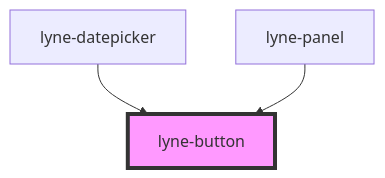
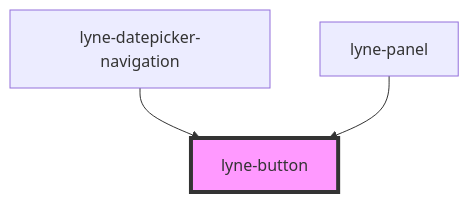
One commit to schlpbch/lyne-components changed the diagram in src/components/lyne-button/readme.md. Above: the diagram before and after it, drawn with Mermaid. The commit also changed other lines of this file and 15 other files, not shown here.

Commit message:
refactor: move datepicker navigation to a seperate component

````diff
--- a/src/components/lyne-button/readme.md
+++ b/src/components/lyne-button/readme.md
@@ -41,6 +41,6 @@
 ```mermaid
 graph TD;
-  lyne-datepicker --> lyne-button
+  lyne-datepicker-navigation --> lyne-button
   lyne-panel --> lyne-button
   style lyne-button fill:#f9f,stroke:#333,stroke-width:4px
 ```
````
